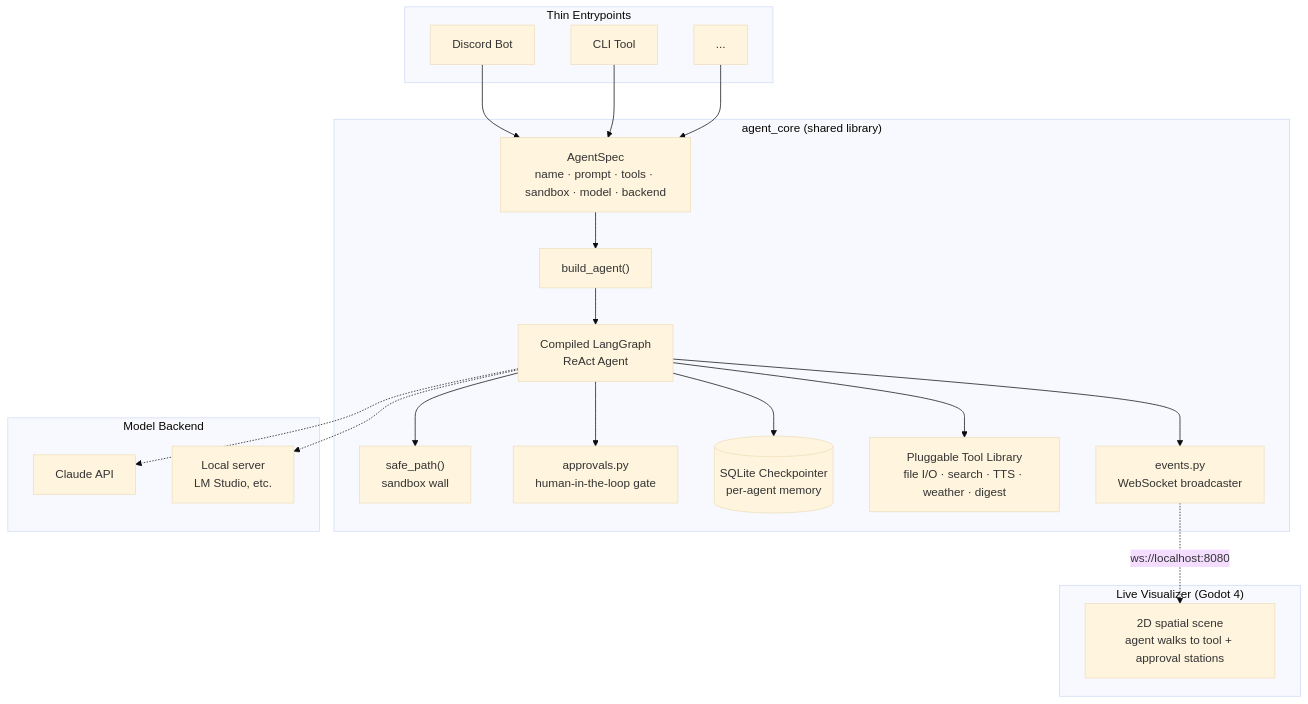
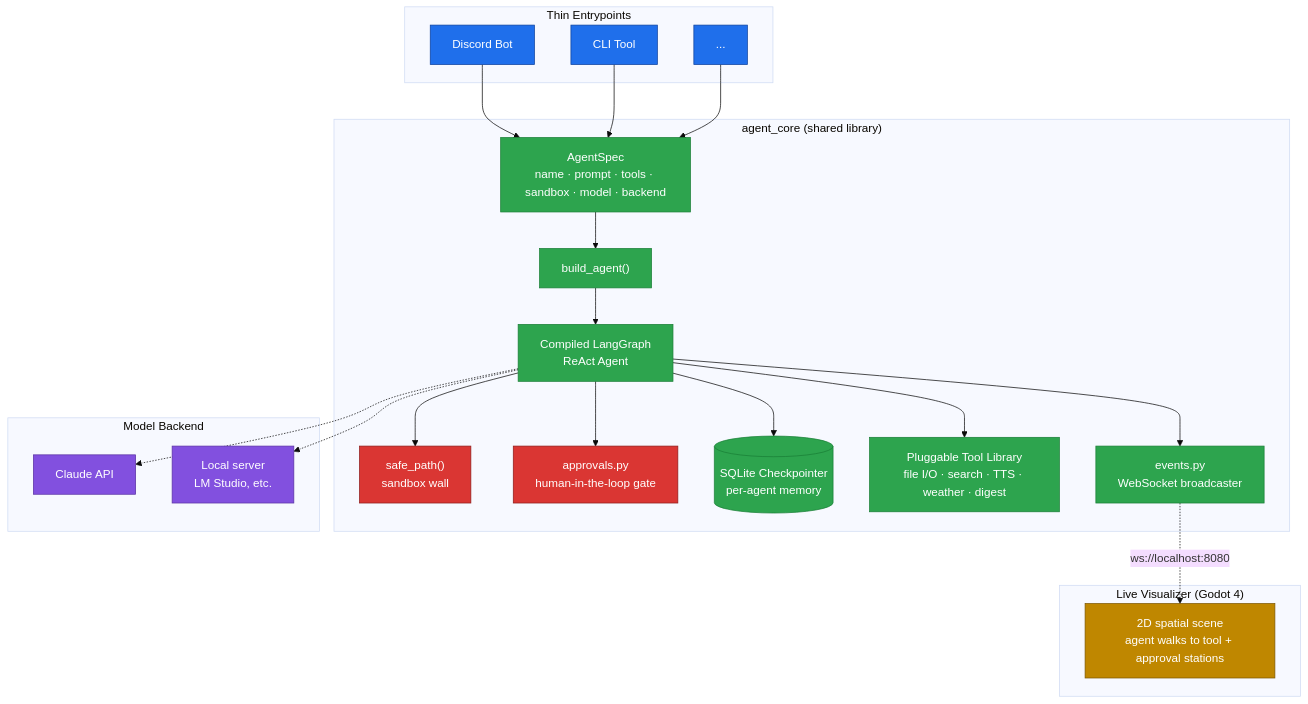
One commit to COSMOAGNOSTIC/cosmoai-adept changed the diagram in README.md. Above: the diagram before and after it, drawn with Mermaid (base theme). The commit also changed other lines of this file and 3 other files, not shown here.

First line of the commit message:
Watchstander parity: architecture-diagram.html, colored README diagram, AOSE prompt, PASSDOWN process notes

````diff
--- a/README.md
+++ b/README.md
@@ -14,41 +14,52 @@
 ```mermaid
 flowchart TB
+    classDef entry fill:#1f6feb,stroke:#0d419d,color:#fff,stroke-width:1px
+    classDef core fill:#2da44e,stroke:#1a7f37,color:#fff,stroke-width:1px
+    classDef gate fill:#da3633,stroke:#8e1c1a,color:#fff,stroke-width:1px
+    classDef model fill:#8250df,stroke:#5a32a3,color:#fff,stroke-width:1px
+    classDef viz fill:#bf8700,stroke:#7d5700,color:#fff,stroke-width:1px
+
     subgraph Entrypoints["Thin Entrypoints"]
         A1["Discord Bot"]
         A2["CLI Tool"]
         A3["..."]
     end
+    class A1,A2,A3 entry
 
     subgraph Core["agent_core (shared library)"]
         Spec["AgentSpec<br/>name · prompt · tools · sandbox · model · backend"]
         Build["build_agent()"]
         Graph["Compiled LangGraph<br/>ReAct Agent"]
         Sandbox["safe_path()<br/>sandbox wall"]
         Approval["approvals.py<br/>human-in-the-loop gate"]
         Memory[("SQLite Checkpointer<br/>per-agent memory")]
         Tools["Pluggable Tool Library<br/>file I/O · search · TTS · weather · digest"]
         Events["events.py<br/>WebSocket broadcaster"]
     end
+    class Spec,Build,Graph,Memory,Tools,Events core
+    class Sandbox,Approval gate
 
     subgraph Models["Model Backend"]
         Anthropic["Claude API"]
         Local["Local server<br/>LM Studio, etc."]
     end
+    class Anthropic,Local model
 
     subgraph Viz["Live Visualizer (Godot 4)"]
         Godot["2D spatial scene<br/>agent walks to tool + approval stations"]
     end
+    class Godot viz
 
     A1 --> Spec
     A2 --> Spec
     A3 --> Spec
     Spec --> Build --> Graph
     Graph --> Sandbox
     Graph --> Approval
     Graph --> Memory
     Graph --> Tools
     Graph --> Events
     Graph -.-> Anthropic
     Graph -.-> Local
     Events -. "ws://localhost:8080" .-> Godot
 ```
````
